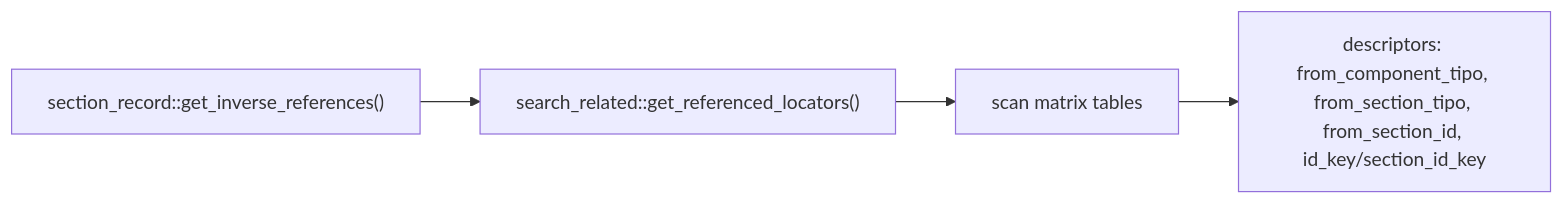
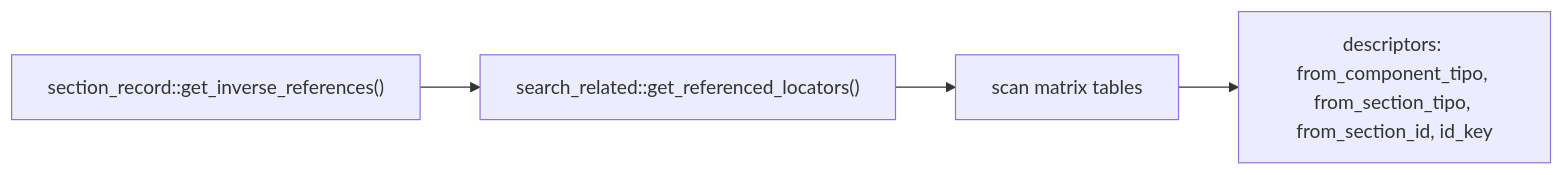
The third of 4 diagrams in docs/core/locator.md (renderpci/dedalo), drawn with Mermaid before and after one commit. The commit also changed other lines of this file and 7 other files, not shown here.

Commit message:
docs: update component_dataframe documentation with canonical contract and `id_key` migration details

````diff
--- a/docs/core/locator.md
+++ b/docs/core/locator.md
@@ -248,6 +248,6 @@
 ```mermaid
 graph LR
     A["section_record::get_inverse_references()"] --> B["search_related::get_referenced_locators()"]
     B --> C["scan matrix tables"]
-    C --> D["descriptors: from_component_tipo, from_section_tipo, from_section_id, id_key/section_id_key"]
+    C --> D["descriptors: from_component_tipo, from_section_tipo, from_section_id, id_key"]
 ```
````
